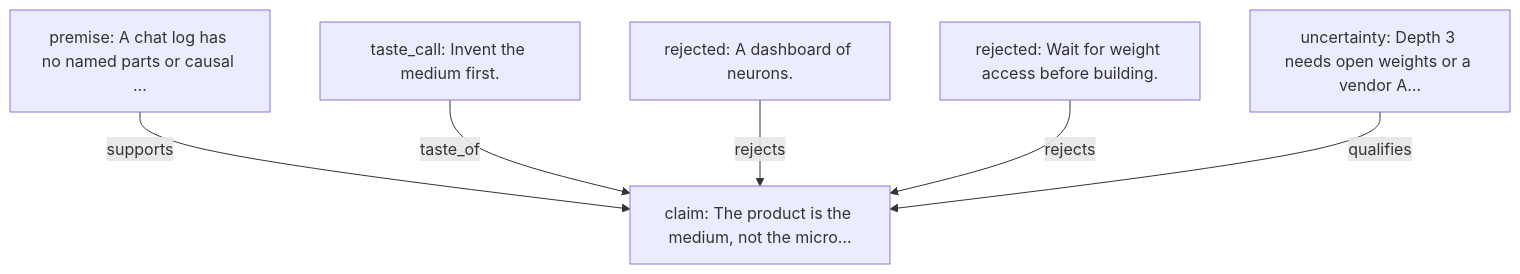
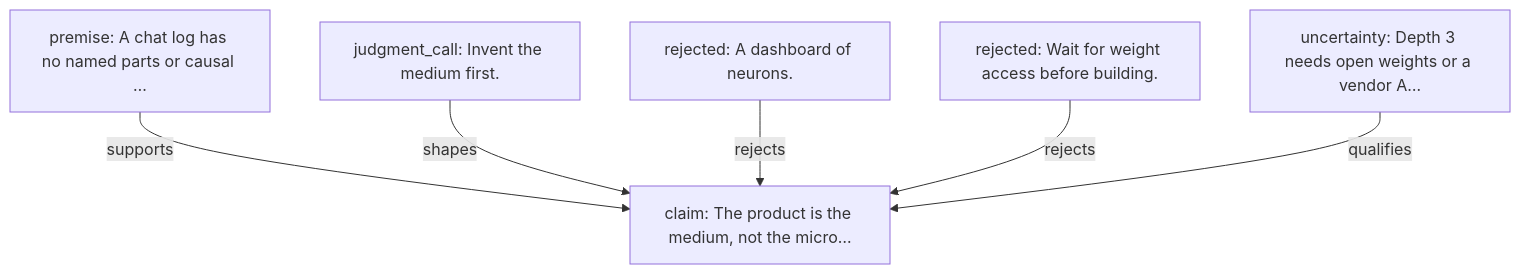
One commit to MelaBuilt-AI/atlas-of-threads changed the diagram in fixtures/canvases/simple.gold.md. Above: the diagram before and after it, drawn with Mermaid. The commit also changed other lines of this file and 31 other files, not shown here.

````diff
--- a/fixtures/canvases/simple.gold.md
+++ b/fixtures/canvases/simple.gold.md
@@ -28,14 +28,14 @@
 ```mermaid
 flowchart TD
   n01M14CANVASAAAAAAAAAAA00A1["claim: The product is the medium, not the micro…"]
   n01M14CANVASAAAAAAAAAAA00A2["premise: A chat log has no named parts or causal …"]
-  n01M14CANVASAAAAAAAAAAA00A3["taste_call: Invent the medium first."]
+  n01M14CANVASAAAAAAAAAAA00A3["judgment_call: Invent the medium first."]
   n01M14CANVASAAAAAAAAAAA00A4["rejected: A dashboard of neurons."]
   n01M14CANVASAAAAAAAAAAA00A5["rejected: Wait for weight access before building."]
   n01M14CANVASAAAAAAAAAAA00A6["uncertainty: Depth 3 needs open weights or a vendor A…"]
   n01M14CANVASAAAAAAAAAAA00A2 -->|supports| n01M14CANVASAAAAAAAAAAA00A1
-  n01M14CANVASAAAAAAAAAAA00A3 -->|taste_of| n01M14CANVASAAAAAAAAAAA00A1
+  n01M14CANVASAAAAAAAAAAA00A3 -->|shapes| n01M14CANVASAAAAAAAAAAA00A1
   n01M14CANVASAAAAAAAAAAA00A4 -->|rejects| n01M14CANVASAAAAAAAAAAA00A1
   n01M14CANVASAAAAAAAAAAA00A5 -->|rejects| n01M14CANVASAAAAAAAAAAA00A1
   n01M14CANVASAAAAAAAAAAA00A6 -->|qualifies| n01M14CANVASAAAAAAAAAAA00A1
 ```
````
